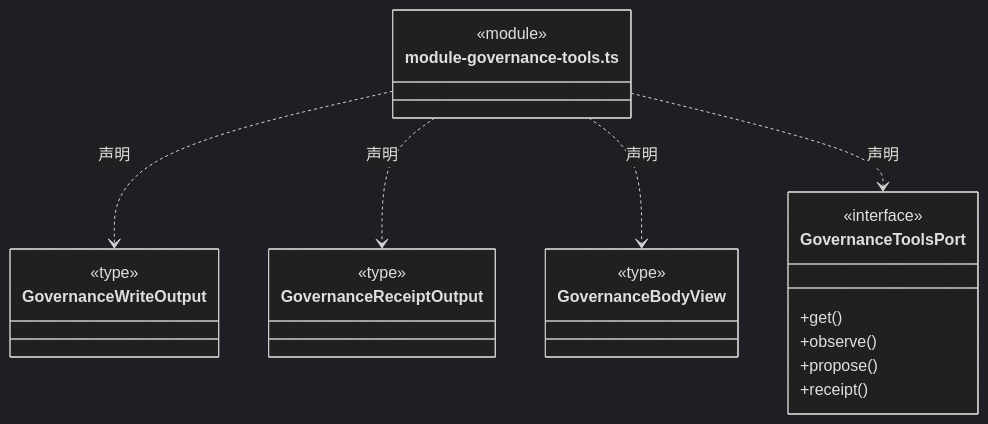
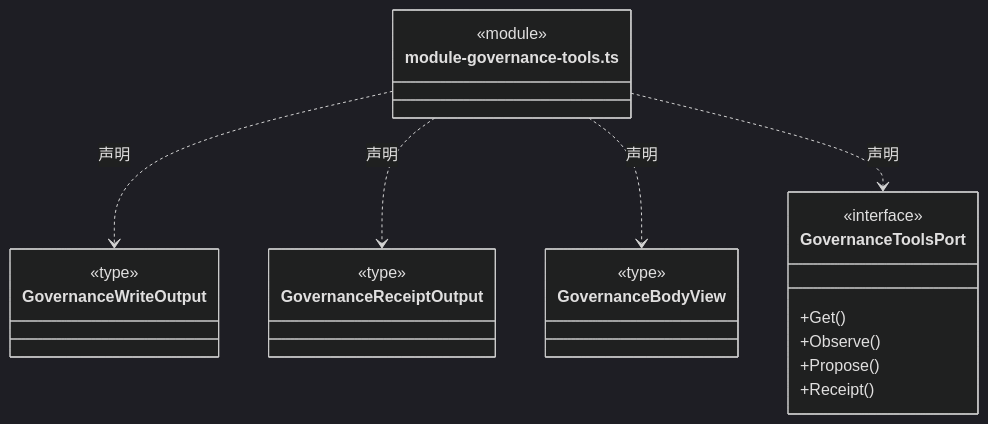
One commit to nan023062/cbim changed the eighth of 17 diagrams in src/logic/governance/rules/ARCHITECTURE.md. Above: the diagram before and after it, drawn with Mermaid (dark theme). The commit also changed 1035 other files, not shown here.

````diff
--- a/src/logic/governance/rules/ARCHITECTURE.md
+++ b/src/logic/governance/rules/ARCHITECTURE.md
@@ -188,29 +188,29 @@
 ```mermaid
 classDiagram
 class N_src_logic_governance_rules_module_governance_tools_ts["module-governance-tools.ts"] {
   <<module>>
 }
 class N_src_logic_governance_rules_module_governance_tools_ts_GovernanceWriteOutput["GovernanceWriteOutput"] {
   <<type>>
 
 }
 N_src_logic_governance_rules_module_governance_tools_ts ..> N_src_logic_governance_rules_module_governance_tools_ts_GovernanceWriteOutput : 声明
 class N_src_logic_governance_rules_module_governance_tools_ts_GovernanceReceiptOutput["GovernanceReceiptOutput"] {
   <<type>>
 
 }
 N_src_logic_governance_rules_module_governance_tools_ts ..> N_src_logic_governance_rules_module_governance_tools_ts_GovernanceReceiptOutput : 声明
 class N_src_logic_governance_rules_module_governance_tools_ts_GovernanceBodyView["GovernanceBodyView"] {
   <<type>>
 
 }
 N_src_logic_governance_rules_module_governance_tools_ts ..> N_src_logic_governance_rules_module_governance_tools_ts_GovernanceBodyView : 声明
 class N_src_logic_governance_rules_module_governance_tools_ts_GovernanceToolsPort["GovernanceToolsPort"] {
   <<interface>>
-  +get()
-  +observe()
-  +propose()
-  +receipt()
+  +Get()
+  +Observe()
+  +Propose()
+  +Receipt()
 }
 N_src_logic_governance_rules_module_governance_tools_ts ..> N_src_logic_governance_rules_module_governance_tools_ts_GovernanceToolsPort : 声明
 ```
````
